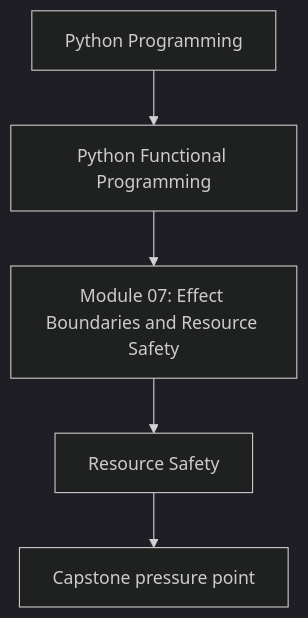
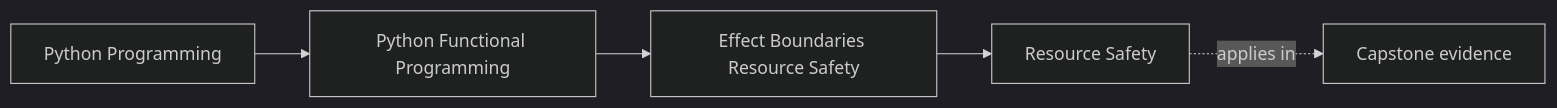
One commit to bijux/bijux-masterclass changed the first of 2 diagrams in programs/python-programming/python-functional-programming/course-book/module-07-effect-boundaries-resource-safety/resource-safety.md. Above: the diagram before and after it, drawn with Mermaid (dark theme). The commit also changed other lines of this file and 108 other files, not shown here.

Commit message:
docs(python-functional-programming): map capstone and advanced design surfaces

````diff
--- a/programs/python-programming/python-functional-programming/course-book/module-07-effect-boundaries-resource-safety/resource-safety.md
+++ b/programs/python-programming/python-functional-programming/course-book/module-07-effect-boundaries-resource-safety/resource-safety.md
@@ -7,7 +7,11 @@
 ```mermaid
-flowchart TD
-  family["Python Programming"] --> program["Python Functional Programming"]
-  program --> module["Module 07: Effect Boundaries and Resource Safety"]
-  module --> concept["Resource Safety"]
-  concept --> capstone["Capstone pressure point"]
+graph LR
+  family["Python Programming"]
+  program["Python Functional Programming"]
+  section["Effect Boundaries Resource Safety"]
+  page["Resource Safety"]
+  capstone["Capstone evidence"]
+
+  family --> program --> section --> page
+  page -.applies in.-> capstone
 ```
````
